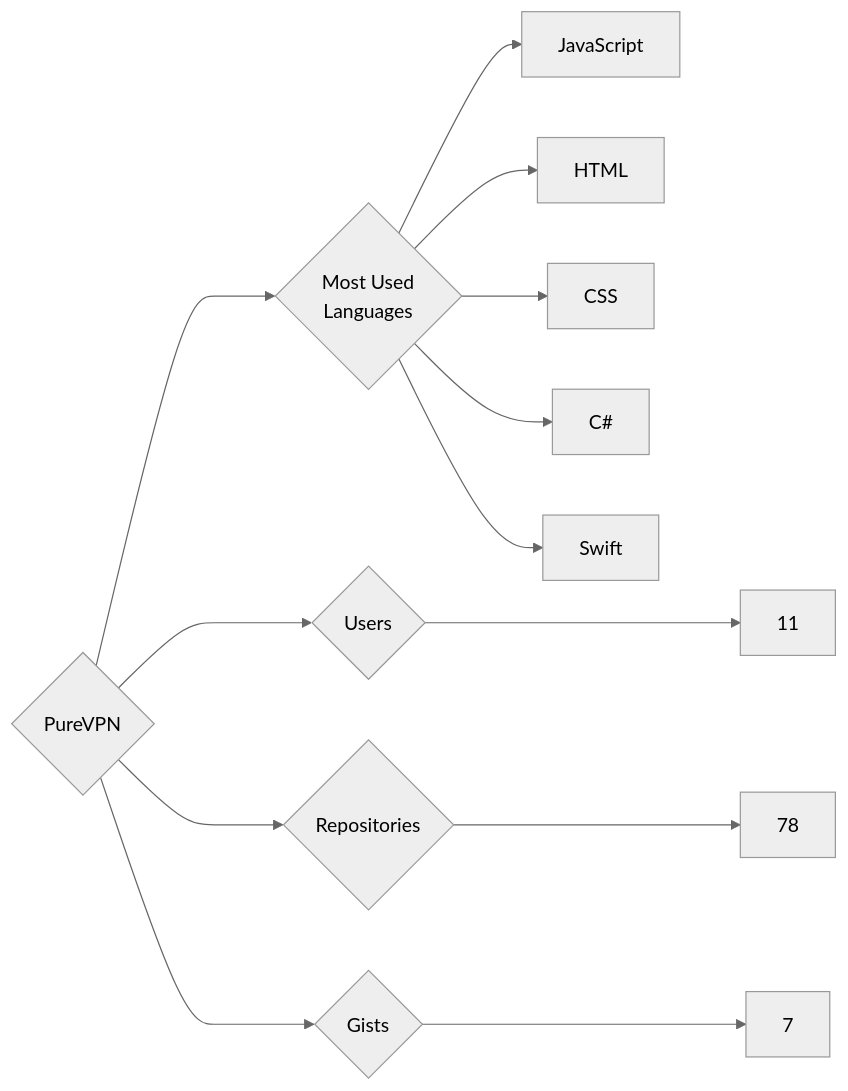
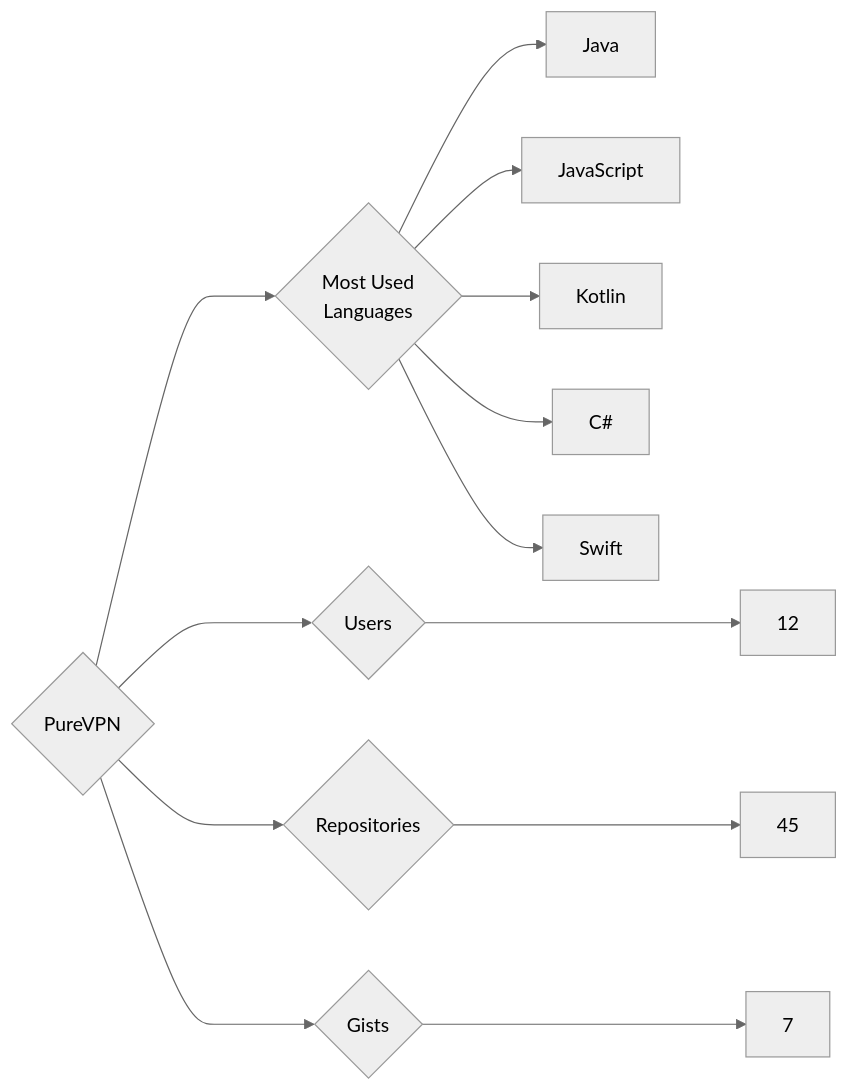
One commit to trickest/insiders changed the diagram in targets/PureVPN/README.md. Above: the diagram before and after it, drawn with Mermaid (neutral theme). The commit also changed 969 other files, not shown here.

````diff
--- a/targets/PureVPN/README.md
+++ b/targets/PureVPN/README.md
@@ -3,13 +3,13 @@
 ```mermaid
 graph LR
 COMPANY_NAME{PureVPN}
-COMPANY_NAME ---> U{Users} ---> UN[11]
-COMPANY_NAME ---> R{Repositories} ---> RN[78]
+COMPANY_NAME ---> U{Users} ---> UN[12]
+COMPANY_NAME ---> R{Repositories} ---> RN[45]
 COMPANY_NAME ---> G{Gists} ---> GN[7]
 COMPANY_NAME ---> ML{Most Used<br>Languages}
+ML --> Java[Java]
 ML --> JavaScript[JavaScript]
-ML --> HTML[HTML]
-ML --> CSS[CSS]
+ML --> Kotlin[Kotlin]
 ML --> C#[C#]
 ML --> Swift[Swift]
 ```
````
